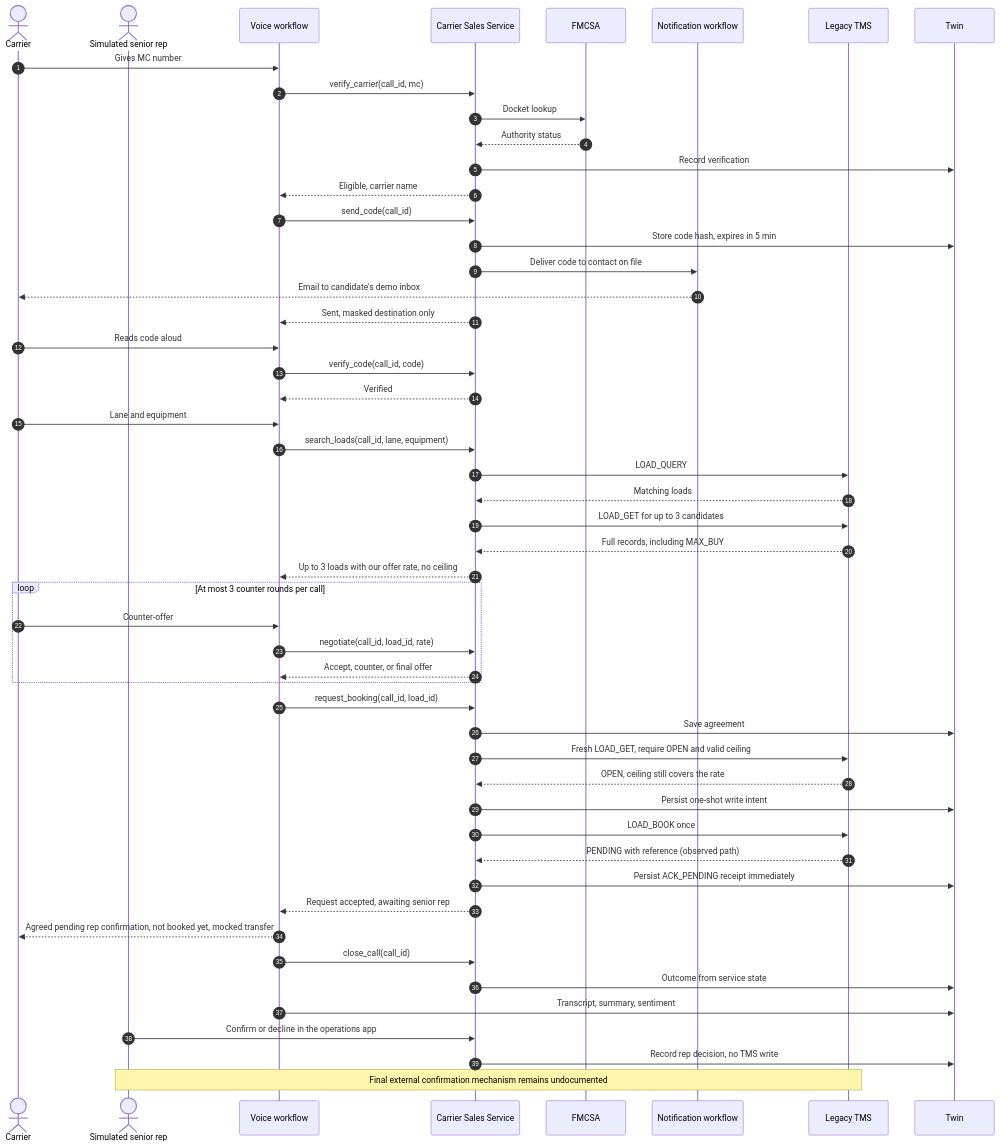
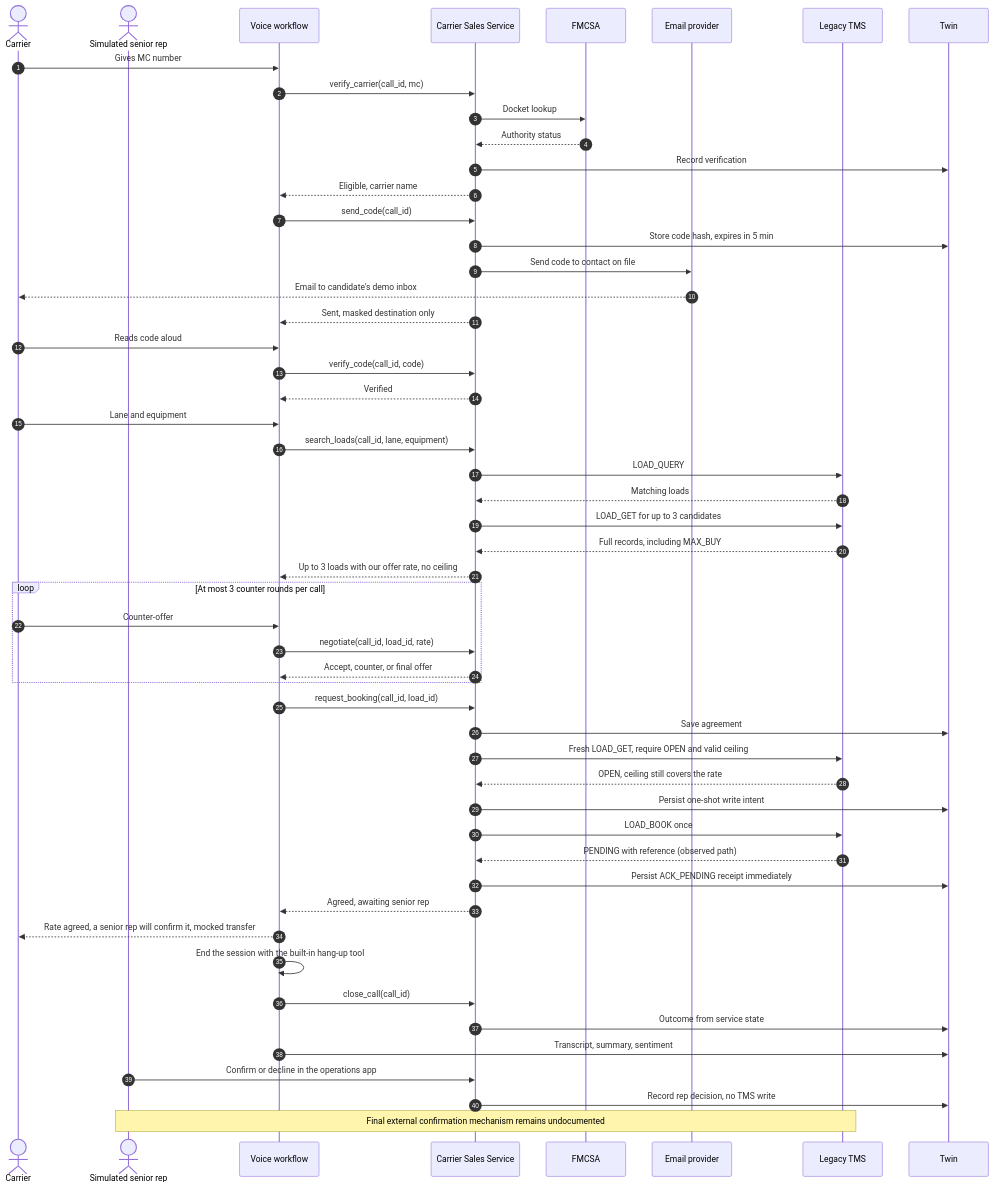
The second of 3 diagrams in ARCHITECTURE.md (sgon0181/happyrobot-inbound-carrier-sales), drawn with Mermaid before and after one commit. The commit also changed other lines of this file and 8 other files, not shown here.

First line of the commit message:
docs: architecture v2.5 from Codex's live findings

````diff
--- a/ARCHITECTURE.md
+++ b/ARCHITECTURE.md
@@ -86,60 +86,61 @@
 ```mermaid
 sequenceDiagram
     autonumber
     actor C as Carrier
     actor R as Simulated senior rep
     participant A as Voice workflow
     participant S as Carrier Sales Service
     participant F as FMCSA
-    participant N as Notification workflow
+    participant N as Email provider
     participant T as Legacy TMS
     participant D as Twin
 
     C->>A: Gives MC number
     A->>S: verify_carrier(call_id, mc)
     S->>F: Docket lookup
     F-->>S: Authority status
     S->>D: Record verification
     S-->>A: Eligible, carrier name
 
     A->>S: send_code(call_id)
     S->>D: Store code hash, expires in 5 min
-    S->>N: Deliver code to contact on file
+    S->>N: Send code to contact on file
     N-->>C: Email to candidate's demo inbox
     S-->>A: Sent, masked destination only
     C->>A: Reads code aloud
     A->>S: verify_code(call_id, code)
     S-->>A: Verified
 
     C->>A: Lane and equipment
     A->>S: search_loads(call_id, lane, equipment)
     S->>T: LOAD_QUERY
     T-->>S: Matching loads
     S->>T: LOAD_GET for up to 3 candidates
     T-->>S: Full records, including MAX_BUY
     S-->>A: Up to 3 loads with our offer rate, no ceiling
 
     loop At most 3 counter rounds per call
         C->>A: Counter-offer
         A->>S: negotiate(call_id, load_id, rate)
         S-->>A: Accept, counter, or final offer
     end
 
     A->>S: request_booking(call_id, load_id)
     S->>D: Save agreement
     S->>T: Fresh LOAD_GET, require OPEN and valid ceiling
     T-->>S: OPEN, ceiling still covers the rate
     S->>D: Persist one-shot write intent
     S->>T: LOAD_BOOK once
     T-->>S: PENDING with reference (observed path)
     S->>D: Persist ACK_PENDING receipt immediately
-    S-->>A: Request accepted, awaiting senior rep
-    A-->>C: Agreed pending rep confirmation, not booked yet, mocked transfer
+    S-->>A: Agreed, awaiting senior rep
+    A-->>C: Rate agreed, a senior rep will confirm it, mocked transfer
+    A->>A: End the session with the built-in hang-up tool
 
     A->>S: close_call(call_id)
     S->>D: Outcome from service state
     A->>D: Transcript, summary, sentiment
     R->>S: Confirm or decline in the operations app
     S->>D: Record rep decision, no TMS write
     Note over R,T: Final external confirmation mechanism remains undocumented
 ```
````
